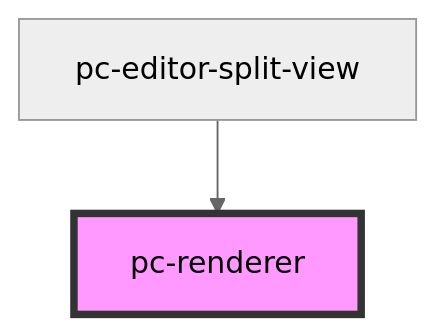
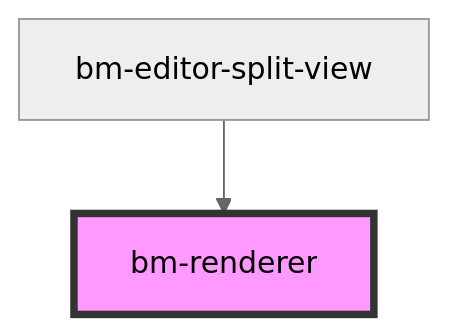
Before and after one commit to bettermusic/studio: the diagram in packages/studio/src/components/renderer/readme.md, drawn with Mermaid (neutral theme). The commit also changed other lines of this file and 38 other files, not shown here.

````diff
--- a/packages/studio/src/components/renderer/readme.md
+++ b/packages/studio/src/components/renderer/readme.md
@@ -23,5 +23,5 @@
 ```mermaid
 graph TD;
-  pc-editor-split-view --> pc-renderer
-  style pc-renderer fill:#f9f,stroke:#333,stroke-width:4px
+  bm-editor-split-view --> bm-renderer
+  style bm-renderer fill:#f9f,stroke:#333,stroke-width:4px
 ```
````
